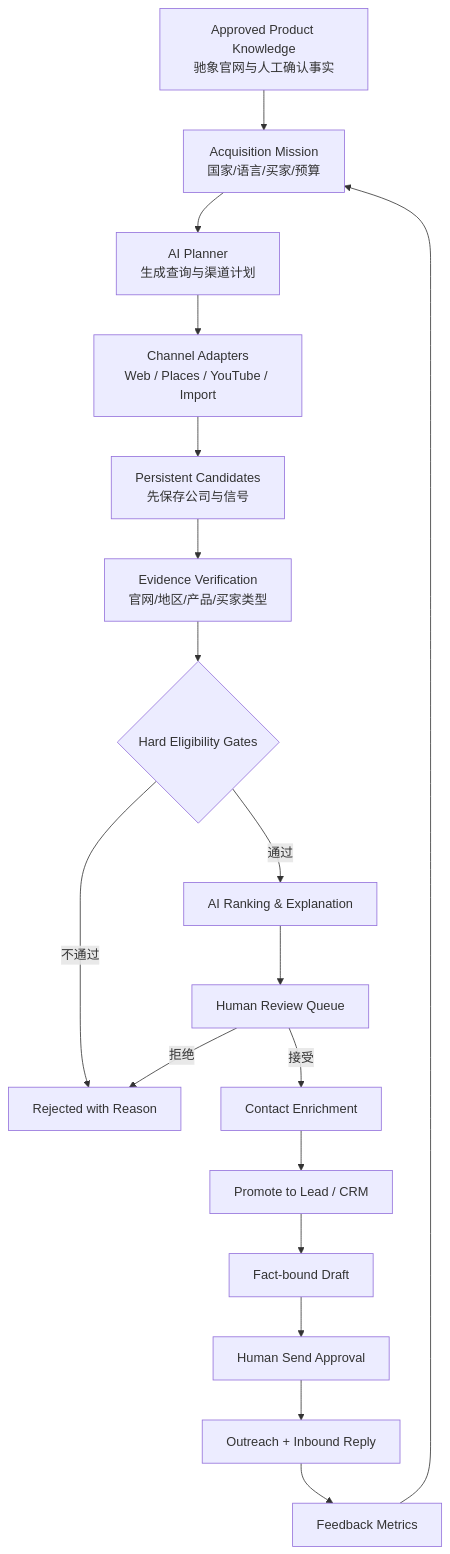
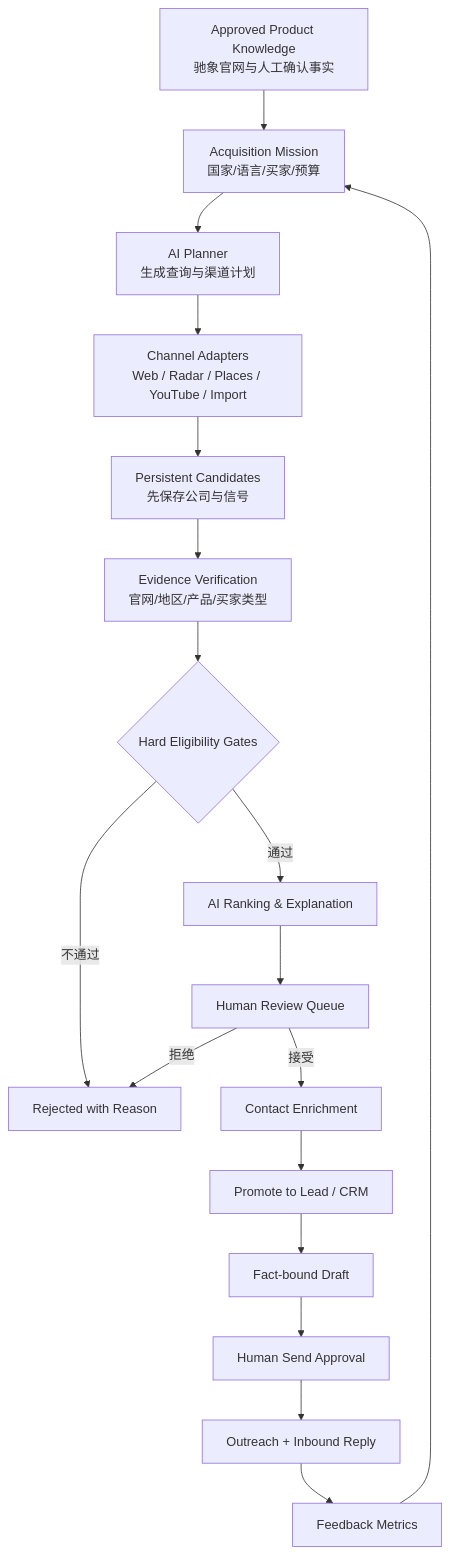
One commit to liumingyang-maker/leadflow-saas-v2-mimo changed the first of 2 diagrams in docs/superpowers/specs/2026-08-01-solo-ai-acquisition-system-design.md. Above: the diagram before and after it, drawn with Mermaid. The commit also changed other lines of this file, not shown here.

Commit message:
docs(acquisition): add complete competitor radar design

````diff
--- a/docs/superpowers/specs/2026-08-01-solo-ai-acquisition-system-design.md
+++ b/docs/superpowers/specs/2026-08-01-solo-ai-acquisition-system-design.md
@@ -314,20 +320,20 @@
 ```mermaid
 flowchart TD
     A["Approved Product Knowledge\n驰象官网与人工确认事实"] --> B["Acquisition Mission\n国家/语言/买家/预算"]
     B --> C["AI Planner\n生成查询与渠道计划"]
-    C --> D["Channel Adapters\nWeb / Places / YouTube / Import"]
+    C --> D["Channel Adapters\nWeb / Radar / Places / YouTube / Import"]
     D --> E["Persistent Candidates\n先保存公司与信号"]
     E --> F["Evidence Verification\n官网/地区/产品/买家类型"]
     F --> G{"Hard Eligibility Gates"}
     G -->|不通过| H["Rejected with Reason"]
     G -->|通过| I["AI Ranking & Explanation"]
     I --> J["Human Review Queue"]
     J -->|接受| K["Contact Enrichment"]
     J -->|拒绝| H
     K --> L["Promote to Lead / CRM"]
     L --> M["Fact-bound Draft"]
     M --> N["Human Send Approval"]
     N --> O["Outreach + Inbound Reply"]
     O --> P["Feedback Metrics"]
     P --> B
 ```
````
